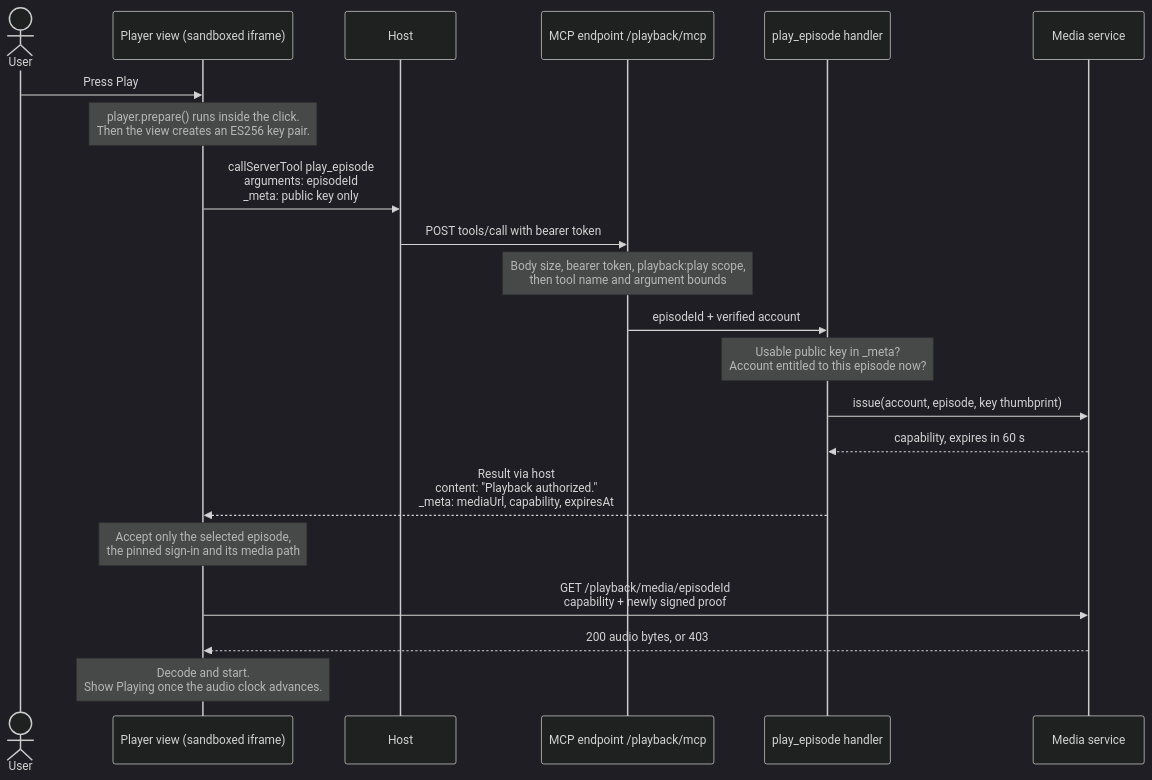
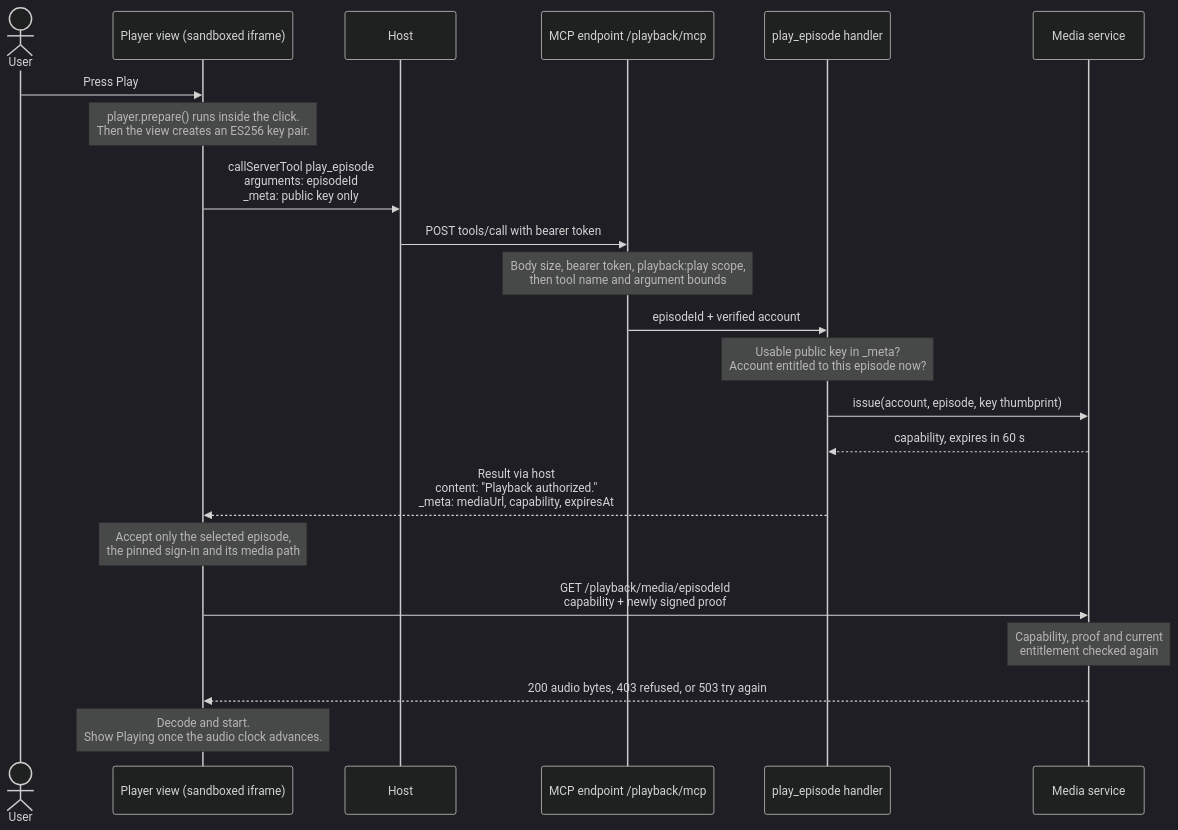
One commit to MachineWisdomAI/saga-a2ui changed the diagram in diagrams/authorized-playback-play-sequence.mmd. Above: the diagram before and after it, drawn with Mermaid (dark theme). The commit also changed 8 other files, not shown here.

```diff
--- a/diagrams/authorized-playback-play-sequence.mmd
+++ b/diagrams/authorized-playback-play-sequence.mmd
@@ -1,21 +1,22 @@
 sequenceDiagram
     actor U as User
     participant V as Player view (sandboxed iframe)
     participant H as Host
     participant L as MCP endpoint /playback/mcp
     participant P as play_episode handler
     participant M as Media service
     U->>V: Press Play
     Note over V: player.prepare() runs inside the click.<br/>Then the view creates an ES256 key pair.
     V->>H: callServerTool play_episode<br/>arguments: episodeId<br/>_meta: public key only
     H->>L: POST tools/call with bearer token
     Note over L: Body size, bearer token, playback:play scope,<br/>then tool name and argument bounds
     L->>P: episodeId + verified account
     Note over P: Usable public key in _meta?<br/>Account entitled to this episode now?
     P->>M: issue(account, episode, key thumbprint)
     M-->>P: capability, expires in 60 s
     P-->>V: Result via host<br/>content: "Playback authorized."<br/>_meta: mediaUrl, capability, expiresAt
     Note over V: Accept only the selected episode,<br/>the pinned sign-in and its media path
     V->>M: GET /playback/media/episodeId<br/>capability + newly signed proof
-    M-->>V: 200 audio bytes, or 403
+    Note over M: Capability, proof and current<br/>entitlement checked again
+    M-->>V: 200 audio bytes, 403 refused, or 503 try again
     Note over V: Decode and start.<br/>Show Playing once the audio clock advances.
```
